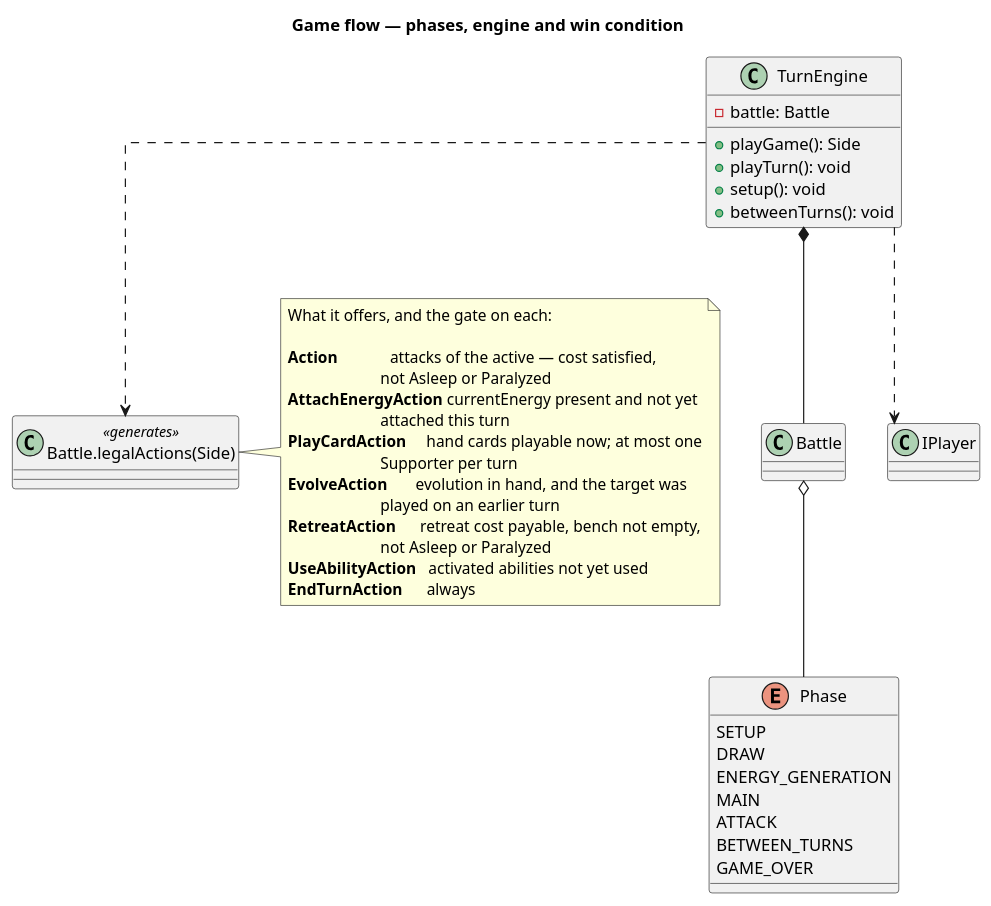
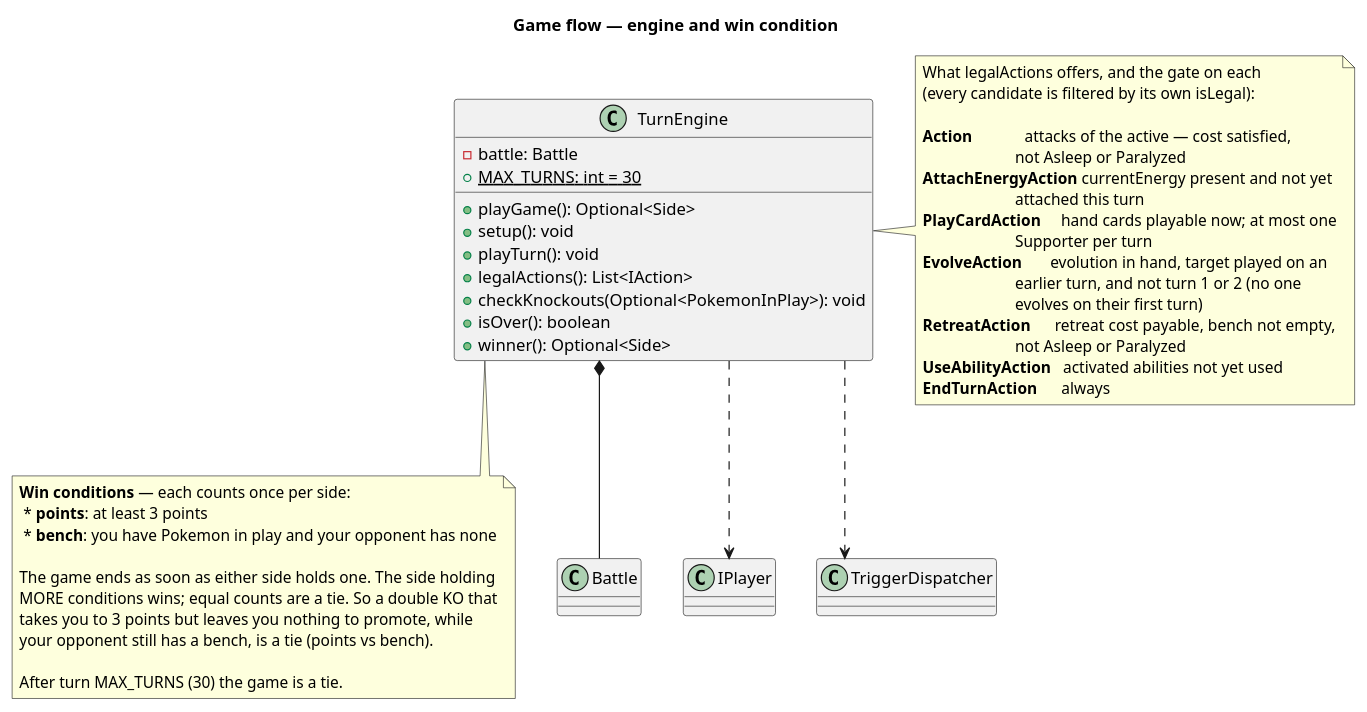
The first of 4 diagrams in docs/UML/GameFlow.puml (Richie-Moon/TCGPocketBattler), drawn with PlantUML before and after one commit. The commit also changed other lines of this file and 21 other files, not shown here.

First line of the commit message:
feat(engine): Added TurnEngine and discard of the whole evolution stack

```diff
--- a/docs/UML/GameFlow.puml
+++ b/docs/UML/GameFlow.puml
@@ -1,55 +1,62 @@
 @startuml
-title Game flow — phases, engine and win condition
+title Game flow — engine and win condition
 
 skinparam linetype ortho
 
-enum Phase {
-    SETUP
-    DRAW
-    ENERGY_GENERATION
-    MAIN
-    ATTACK
-    BETWEEN_TURNS
-    GAME_OVER
+/'
+  No Phase enum. Nothing on a card reads the phase, and the engine's own
+  method structure (setup, playTurn's steps) already is the phase. Add one,
+  and a PhaseEntered event, when a card says "at the start of your Main phase".
+'/
+class TurnEngine {
+    - battle: Battle
+    + {static} MAX_TURNS: int = 30
+
+    + playGame(): Optional<Side>
+    + setup(): void
+    + playTurn(): void
+    /' Only ever for battle.attacker(): every ITarget is turn-relative, so
+       there is deliberately no Side parameter. '/
+    + legalActions(): List<IAction>
+    + checkKnockouts(Optional<PokemonInPlay>): void
+    + isOver(): boolean
+    + winner(): Optional<Side>
 }
 
-class TurnEngine {
-    - battle: Battle
-
-    + playGame(): Side
-    + playTurn(): void
-    + setup(): void
-    + betweenTurns(): void
-}
-
-/'
-  The bridge between the model and an agent: everything a player may do this
-  turn, as one uniform list of IAction. Without it there is no simulator, only
-  a card renderer.
-'/
-class "Battle.legalActions(Side)" as LegalActions <<generates>> {
-}
-
-note right of LegalActions
-  What it offers, and the gate on each:
+note right of TurnEngine
+  What legalActions offers, and the gate on each
+  (every candidate is filtered by its own isLegal):
 
   **Action**             attacks of the active — cost satisfied,
                          not Asleep or Paralyzed
   **AttachEnergyAction** currentEnergy present and not yet
                          attached this turn
   **PlayCardAction**     hand cards playable now; at most one
                          Supporter per turn
-  **EvolveAction**       evolution in hand, and the target was
-                         played on an earlier turn
+  **EvolveAction**       evolution in hand, target played on an
+                         earlier turn, and not turn 1 or 2 (no one
+                         evolves on their first turn)
   **RetreatAction**      retreat cost payable, bench not empty,
                          not Asleep or Paralyzed
   **UseAbilityAction**   activated abilities not yet used
   **EndTurnAction**      always
 end note
 
+note bottom of TurnEngine
+  **Win conditions** — each counts once per side:
+   * **points**: at least 3 points
+   * **bench**: you have Pokemon in play and your opponent has none
+
+  The game ends as soon as either side holds one. The side holding
+  MORE conditions wins; equal counts are a tie. So a double KO that
+  takes you to 3 points but leaves you nothing to promote, while
+  your opponent still has a bench, is a tie (points vs bench).
+
+  After turn MAX_TURNS (30) the game is a tie.
+end note
+
 TurnEngine *-- Battle
-TurnEngine ..> LegalActions
 TurnEngine ..> IPlayer
-Battle o-- Phase
+TurnEngine ..> TriggerDispatcher
 
 @enduml
```
